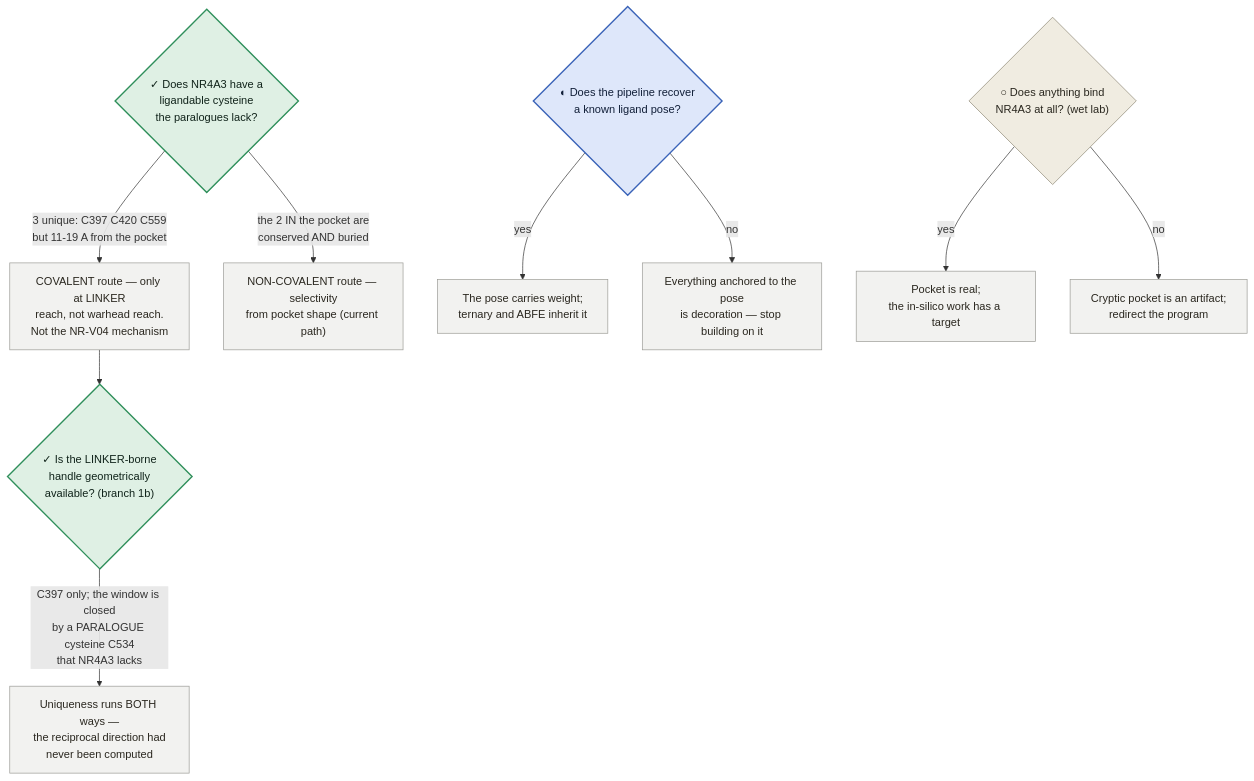
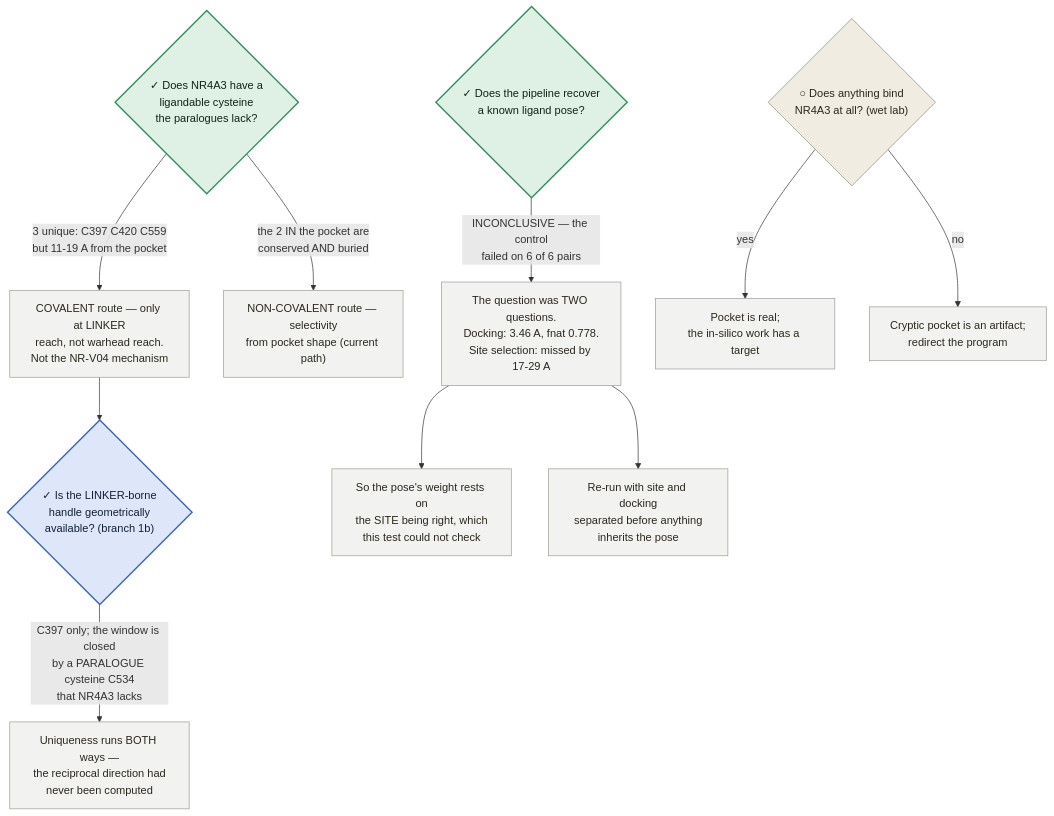
The second of 3 diagrams in research/manuscripts/nr4a3-program-map.md (trimcrae/Rare-cancers), drawn with Mermaid before and after one commit. The commit also changed other lines of this file, not shown here.

First line of the commit message:
program map: pose known-answer result + branch 1b artifact-missing banner

````diff
--- a/research/manuscripts/nr4a3-program-map.md
+++ b/research/manuscripts/nr4a3-program-map.md
@@ -167,24 +167,25 @@
 ```mermaid
 graph TD
   Q1{"✓ Does NR4A3 have a<br/>ligandable cysteine<br/>the paralogues lack?"}
   Q1 -->|"3 unique: C397 C420 C559<br/>but 11-19 A from the pocket"| COV["COVALENT route — only at LINKER<br/>reach, not warhead reach.<br/>Not the NR-V04 mechanism"]
   COV --> Q1B{"✓ Is the LINKER-borne<br/>handle geometrically<br/>available? (branch 1b)"}
   Q1B -->|"C397 only; the window is closed<br/>by a PARALOGUE cysteine C534<br/>that NR4A3 lacks"| COVX["Uniqueness runs BOTH ways —<br/>the reciprocal direction had<br/>never been computed"]
   Q1 -->|"the 2 IN the pocket are<br/>conserved AND buried"| NONCOV["NON-COVALENT route — selectivity<br/>from pocket shape (current path)"]
-  Q2{"◐ Does the pipeline recover<br/>a known ligand pose?"}
-  Q2 -->|yes| ANCHOR["The pose carries weight;<br/>ternary and ABFE inherit it"]
-  Q2 -->|no| STOP["Everything anchored to the pose<br/>is decoration — stop building on it"]
+  Q2{"✓ Does the pipeline recover<br/>a known ligand pose?"}
+  Q2 -->|"INCONCLUSIVE — the control<br/>failed on 6 of 6 pairs"| SPLIT["The question was TWO questions.<br/>Docking: 3.46 A, fnat 0.778.<br/>Site selection: missed by 17-29 A"]
+  SPLIT --> ANCHOR["So the pose's weight rests on<br/>the SITE being right, which<br/>this test could not check"]
+  SPLIT --> STOP["Re-run with site and docking<br/>separated before anything<br/>inherits the pose"]
   Q3{"○ Does anything bind<br/>NR4A3 at all? (wet lab)"}
   Q3 -->|yes| GO["Pocket is real;<br/>the in-silico work has a target"]
   Q3 -->|no| REDIR["Cryptic pocket is an artifact;<br/>redirect the program"]
 
   classDef done fill:#dff0e4,stroke:#2f8f5b,stroke-width:2px,color:#10231a;
   classDef work fill:#dee7fa,stroke:#3a63b8,stroke-width:2px,color:#111f38;
   classDef next fill:#f0ece1,stroke:#8d8674,stroke-width:1px,color:#2a271f;
   classDef out fill:#f2f2f0,stroke:#9b9b96,stroke-width:1px,color:#2a271f;
 
-  class Q1,Q1B done;
-  class Q2 work;
+  class Q1,Q2 done;
+  class Q1B work;
   class Q3 next;
-  class COV,COVX,NONCOV,ANCHOR,STOP,GO,REDIR out;
+  class COV,COVX,NONCOV,SPLIT,ANCHOR,STOP,GO,REDIR out;
 ```
````
